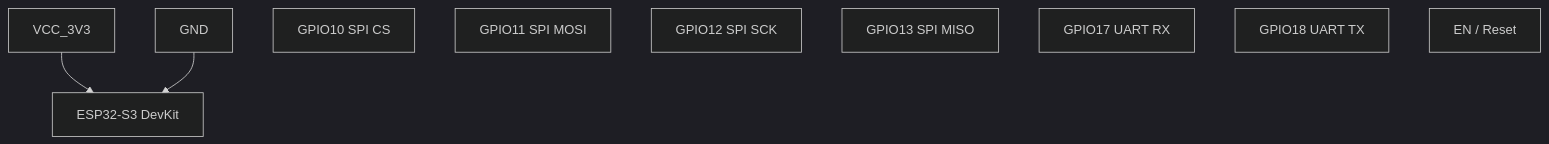
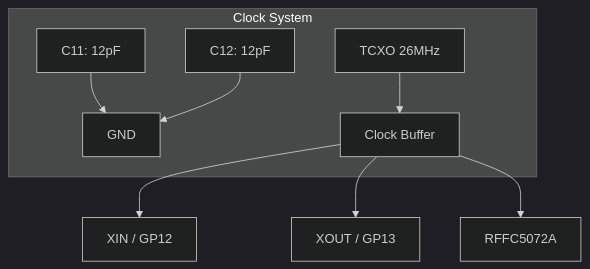
The second of 6 diagrams in Squemas/subdivisões/RF/diagrama de conexão.md (morteerror404/Goitaca-Hacker-HUB), drawn with Mermaid (dark theme) before and after one commit. The commit also changed other lines of this file and 2 other files, not shown here.

````diff
--- a/Squemas/subdivisões/RF/diagrama de conexão.md
+++ b/Squemas/subdivisões/RF/diagrama de conexão.md
@@ -40,17 +36,16 @@
 ```mermaid
 graph TD
-    %% =============================
-    %% MCU ESP32-S3
-    %% =============================
-    ESP32["ESP32-S3 DevKit"]
-    VCC_3V3 --> ESP32
-    GND --> ESP32
+    subgraph CLOCK_SYS["Clock System"]
+        TCXO["TCXO 26MHz"]
+        C11["C11: 12pF"] --> GND
+        C12["C12: 12pF"] --> GND
+        TCXO --> CLK_BUF["Clock Buffer"]
+    end
 
-    ESP32_GPIO10["GPIO10 SPI CS"]
-    ESP32_GPIO11["GPIO11 SPI MOSI"]
-    ESP32_GPIO12["GPIO12 SPI SCK"]
-    ESP32_GPIO13["GPIO13 SPI MISO"]
-    ESP32_GPIO17["GPIO17 UART RX"]
-    ESP32_GPIO18["GPIO18 UART TX"]
-    ESP32_EN["EN / Reset"]
+    %% Conexões com RP2040
+    CLK_BUF --> RP2040_GP12["XIN / GP12"]
+    CLK_BUF --> RP2040_GP13["XOUT / GP13"]
+
+    %% Conexões com Mixer
+    CLK_BUF --> MIXER["RFFC5072A"]
 ```
````
